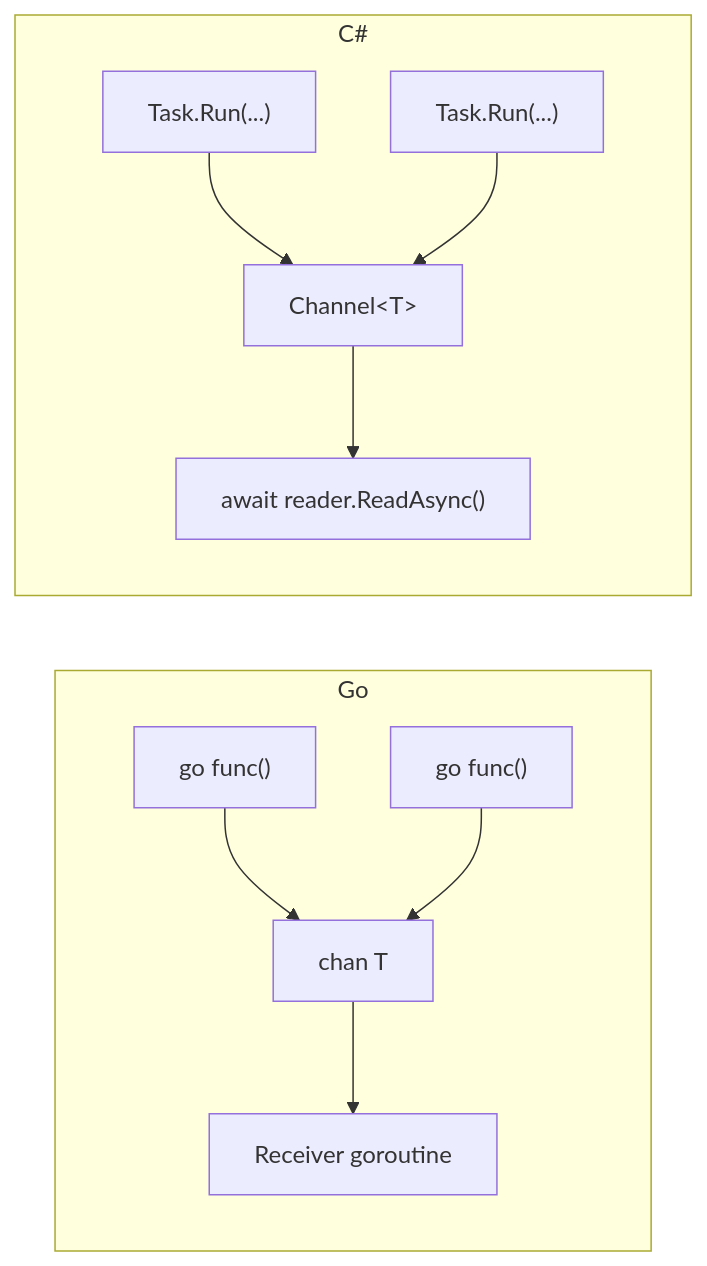
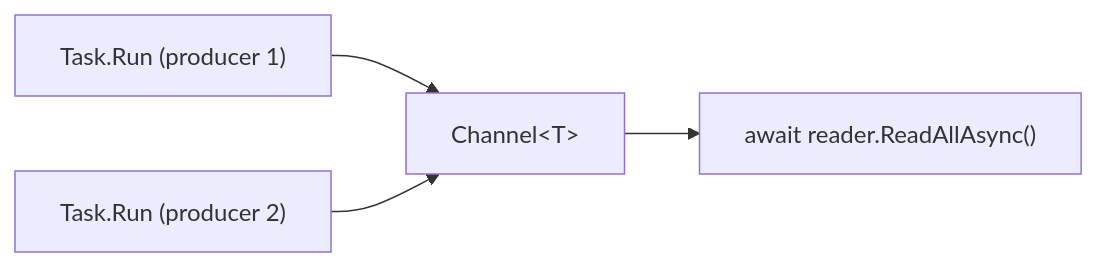
One commit to esedrak/DotNetTraining changed the diagram in internal/Basics/Concurrency/README.md. Above: the diagram before and after it, drawn with Mermaid. The commit also changed other lines of this file and 46 other files, not shown here.

````diff
--- a/internal/Basics/Concurrency/README.md
+++ b/internal/Basics/Concurrency/README.md
@@ -26,13 +26,6 @@
 ```mermaid
 flowchart LR
-    subgraph Go
-        G1["go func()"] --> CH["chan T"]
-        G2["go func()"] --> CH
-        CH --> R["Receiver goroutine"]
-    end
-    subgraph CSharp ["C#"]
-        T1["Task.Run(...)"] --> CH2["Channel&lt;T&gt;"]
-        T2["Task.Run(...)"] --> CH2
-        CH2 --> R2["await reader.ReadAsync()"]
-    end
+    T1["Task.Run (producer 1)"] --> CH["Channel&lt;T&gt;"]
+    T2["Task.Run (producer 2)"] --> CH
+    CH --> R["await reader.ReadAllAsync()"]
 ```
````
